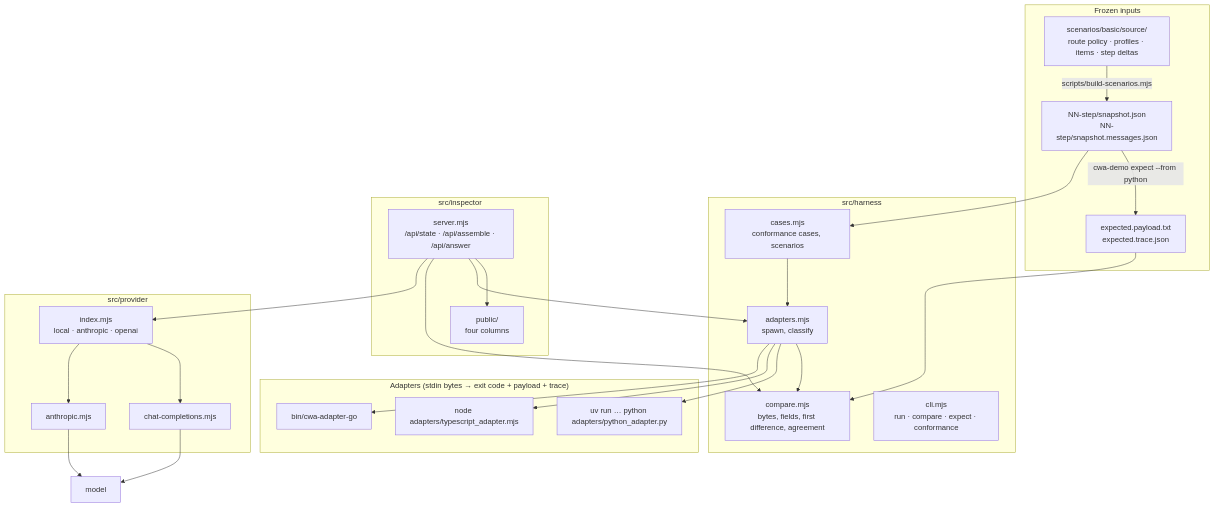
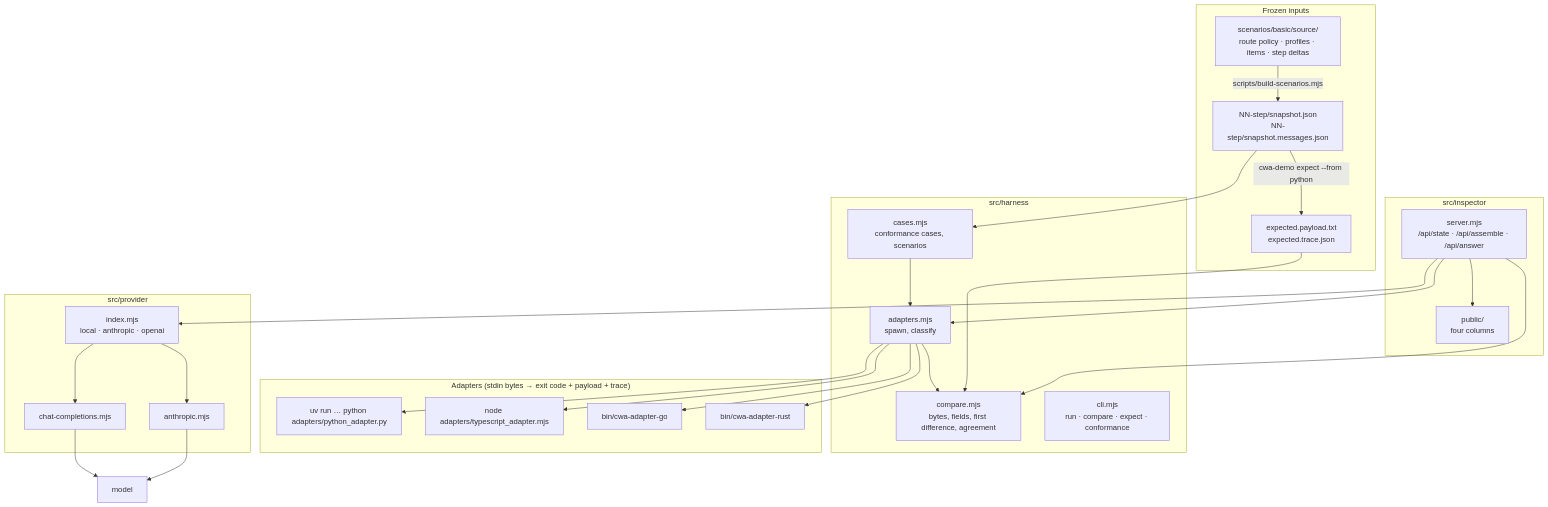
One commit to contextwindowarchitecture/assembler-demo changed the first of 4 diagrams in docs/DESIGN.md. Above: the diagram before and after it, drawn with Mermaid. The commit also changed other lines of this file and 28 other files, not shown here.

````diff
--- a/docs/DESIGN.md
+++ b/docs/DESIGN.md
@@ -11,31 +11,32 @@
 ```mermaid
 flowchart TB
     subgraph inputs["Frozen inputs"]
         SRC["scenarios/basic/source/<br/>route policy · profiles · items · step deltas"] -->|"scripts/build-scenarios.mjs"| SNAP["NN-step/snapshot.json<br/>NN-step/snapshot.messages.json"]
         SNAP -->|"cwa-demo expect --from python"| EXP["expected.payload.txt<br/>expected.trace.json"]
     end
     subgraph harness["src/harness"]
         AD["adapters.mjs<br/>spawn, classify"] --> CMP["compare.mjs<br/>bytes, fields, first difference, agreement"]
         CASES["cases.mjs<br/>conformance cases, scenarios"] --> AD
         CLI["cli.mjs<br/>run · compare · expect · conformance"]
     end
     subgraph adapters["Adapters (stdin bytes → exit code + payload + trace)"]
         PY["uv run … python adapters/python_adapter.py"]
         TS["node adapters/typescript_adapter.mjs"]
         GO["bin/cwa-adapter-go"]
+        RS["bin/cwa-adapter-rust"]
     end
     subgraph inspector["src/inspector"]
         SRV["server.mjs<br/>/api/state · /api/assemble · /api/answer"] --> UI["public/<br/>four columns"]
     end
     subgraph provider["src/provider"]
         IDX["index.mjs<br/>local · anthropic · openai"] --> CC["chat-completions.mjs"]
         IDX --> AN["anthropic.mjs"]
     end
     SNAP --> CASES
     EXP --> CMP
-    AD --> PY & TS & GO
+    AD --> PY & TS & GO & RS
     SRV --> AD
     SRV --> CMP
     SRV --> IDX
     CC & AN --> LLM["model"]
 ```
````
